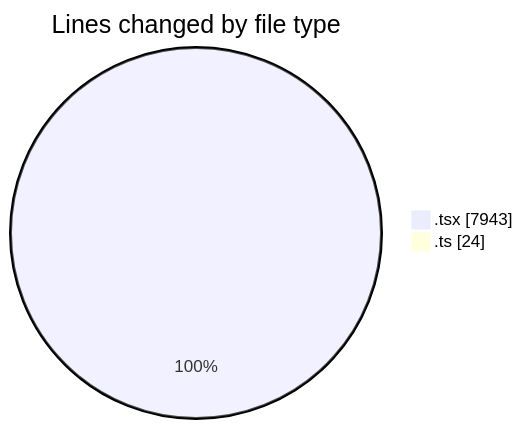
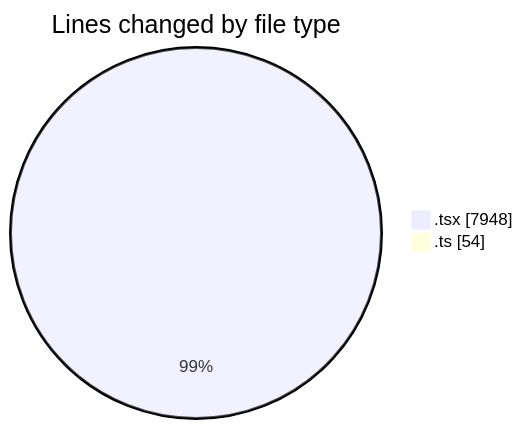
The first of 2 diagrams in 2026-03-05/nxtqube_webapp/README.md (nxtqubesakshisongat/code-tracking), drawn with Mermaid before and after one commit. The commit also changed other lines of this file and 1 other file, not shown here.

````diff
--- a/2026-03-05/nxtqube_webapp/README.md
+++ b/2026-03-05/nxtqube_webapp/README.md
@@ -30,6 +31,6 @@
 ```mermaid
 pie showData
 title Lines changed by file type
-".tsx" : 7943
-".ts" : 24
+".tsx" : 7948
+".ts" : 54
 ```
````
